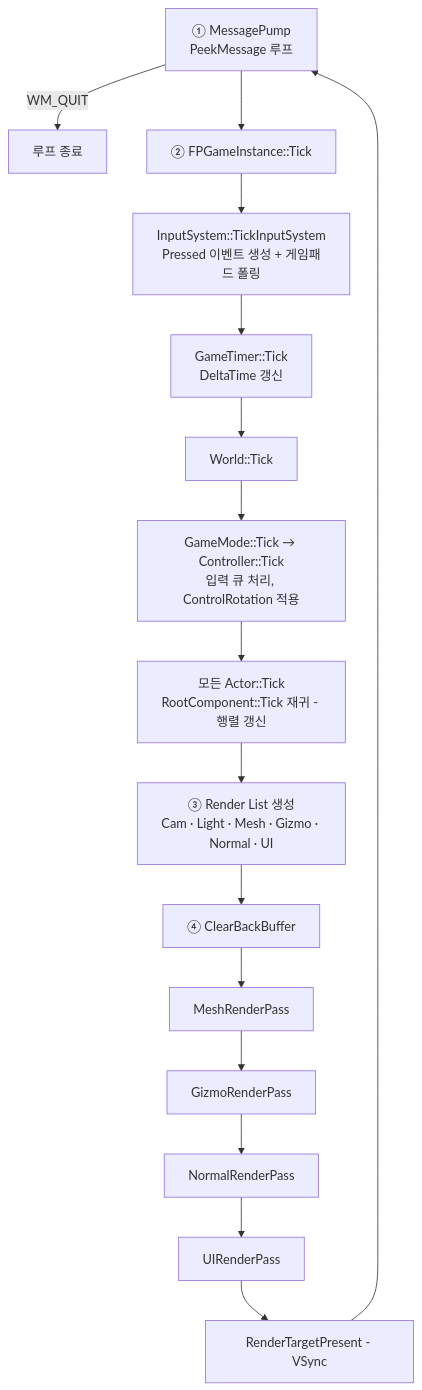
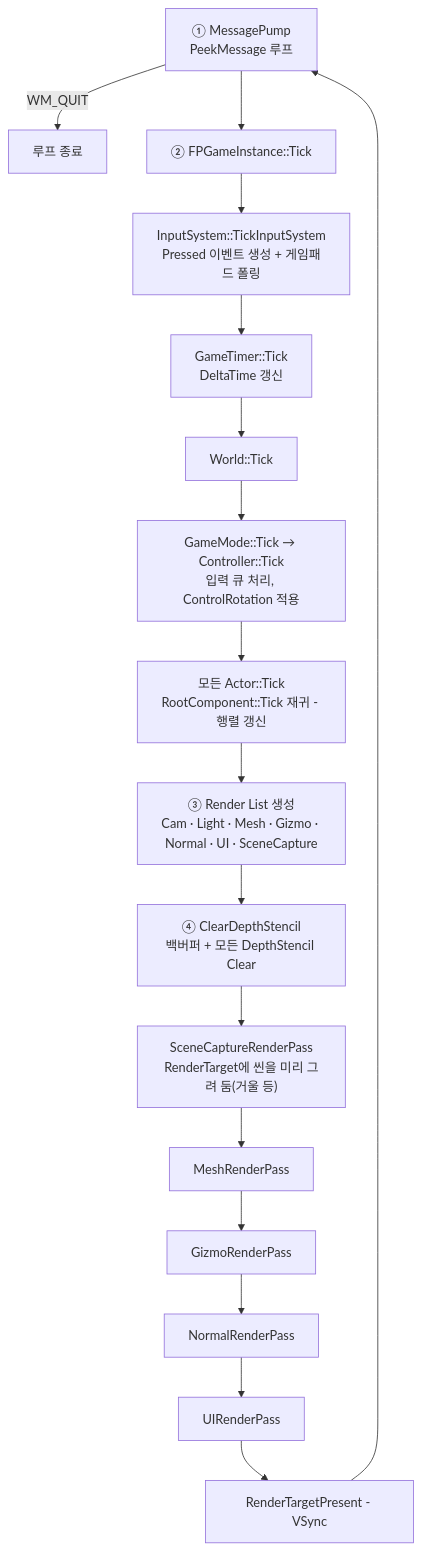
One commit to Gat-Young/ForestPearlEngine changed the fourth of 21 diagrams in README.md. Above: the diagram before and after it, drawn with Mermaid. The commit also changed other lines of this file and 3 other files, not shown here.

````diff
--- a/README.md
+++ b/README.md
@@ -487,18 +503,19 @@
 ```mermaid
 flowchart TD
     A["① MessagePump<br/>PeekMessage 루프"] -->|"WM_QUIT"| Z["루프 종료"]
     A --> B["② FPGameInstance::Tick"]
     B --> B1["InputSystem::TickInputSystem<br/>Pressed 이벤트 생성 + 게임패드 폴링"]
     B1 --> B2["GameTimer::Tick<br/>DeltaTime 갱신"]
     B2 --> B3["World::Tick"]
     B3 --> B4["GameMode::Tick → Controller::Tick<br/>입력 큐 처리, ControlRotation 적용"]
     B4 --> B5["모든 Actor::Tick<br/>RootComponent::Tick 재귀 - 행렬 갱신"]
-    B5 --> R["③ Render List 생성<br/>Cam · Light · Mesh · Gizmo · Normal · UI"]
-    R --> C["④ ClearBackBuffer"]
-    C --> D["MeshRenderPass"]
+    B5 --> R["③ Render List 생성<br/>Cam · Light · Mesh · Gizmo · Normal · UI · SceneCapture"]
+    R --> C["④ ClearDepthStencil<br/>백버퍼 + 모든 DepthStencil Clear"]
+    C --> SC["SceneCaptureRenderPass<br/>RenderTarget에 씬을 미리 그려 둠(거울 등)"]
+    SC --> D["MeshRenderPass"]
     D --> G["GizmoRenderPass"]
     G --> N["NormalRenderPass"]
     N --> E["UIRenderPass"]
     E --> F["RenderTargetPresent - VSync"]
     F --> A
 ```
````
